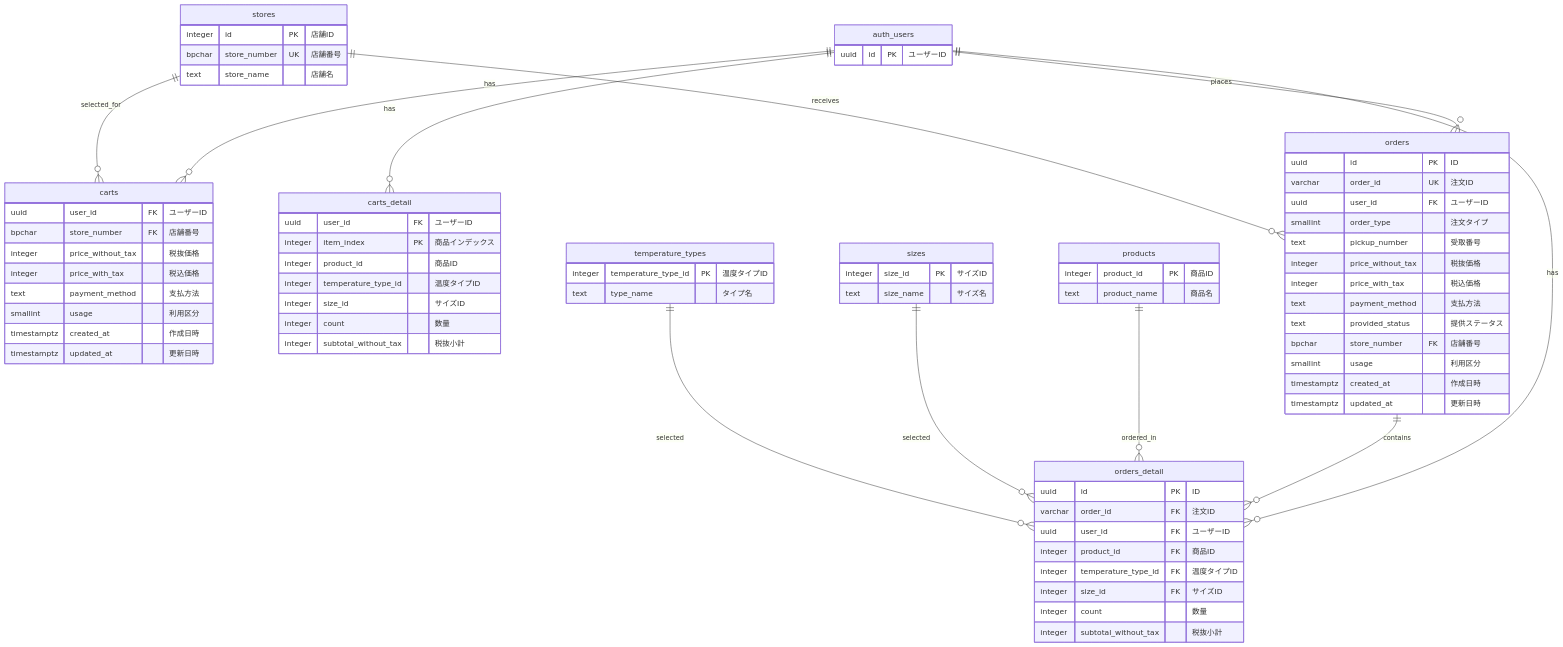
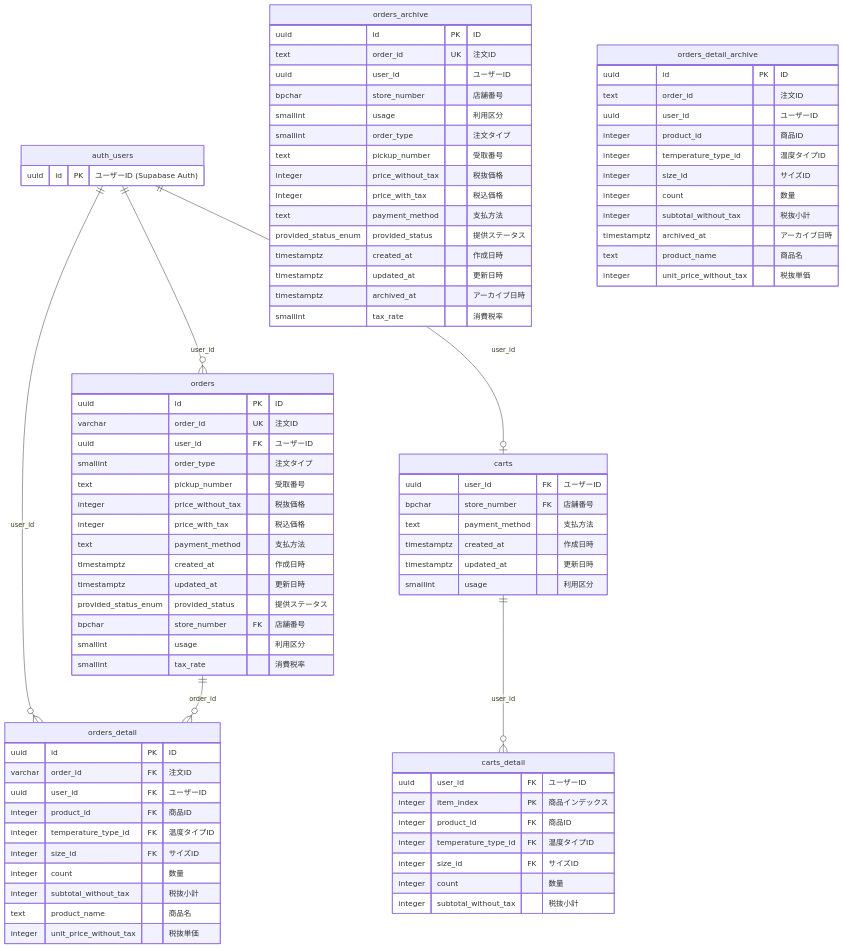
The diagram in supabase_schema/supabase/entity_relationship/er_diagram_order.mmd (eno-conan/flutter-starbucks-clone-public), drawn with Mermaid before and after one commit. The commit also changed 102 other files, not shown here.

```diff
--- a/supabase_schema/supabase/entity_relationship/er_diagram_order.mmd
+++ b/supabase_schema/supabase/entity_relationship/er_diagram_order.mmd
@@ -1,86 +1,91 @@
 erDiagram
-    %% 注文・カート関連のER図
-    
-    auth_users ||--o{ carts : "has"
-    auth_users ||--o{ carts_detail : "has"
-    auth_users ||--o{ orders : "places"
-    auth_users ||--o{ orders_detail : "has"
-    stores ||--o{ carts : "selected_for"
-    stores ||--o{ orders : "receives"
-    orders ||--o{ orders_detail : "contains"
-    products ||--o{ orders_detail : "ordered_in"
-    sizes ||--o{ orders_detail : "selected"
-    temperature_types ||--o{ orders_detail : "selected"
-    
+    auth_users ||--o{ orders : "user_id"
+    auth_users ||--o{ orders_detail : "user_id"
+    auth_users ||--o| carts : "user_id"
+    carts ||--o{ carts_detail : "user_id"
+    orders ||--o{ orders_detail : "order_id"
+
     auth_users {
-        uuid id PK "ユーザーID"
+        uuid id PK "ユーザーID (Supabase Auth)"
     }
-    
-    stores {
-        integer id PK "店舗ID"
-        bpchar store_number UK "店舗番号"
-        text store_name "店舗名"
-    }
-    
-    carts {
-        uuid user_id FK "ユーザーID"
-        bpchar store_number FK "店舗番号"
-        integer price_without_tax "税抜価格"
-        integer price_with_tax "税込価格"
-        text payment_method "支払方法"
-        smallint usage "利用区分"
-        timestamptz created_at "作成日時"
-        timestamptz updated_at "更新日時"
-    }
-    
-    carts_detail {
-        uuid user_id FK "ユーザーID"
-        integer item_index PK "商品インデックス"
-        integer product_id "商品ID"
-        integer temperature_type_id "温度タイプID"
-        integer size_id "サイズID"
-        integer count "数量"
-        integer subtotal_without_tax "税抜小計"
-    }
-    
+
     orders {
         uuid id PK "ID"
         varchar order_id UK "注文ID"
         uuid user_id FK "ユーザーID"
         smallint order_type "注文タイプ"
         text pickup_number "受取番号"
         integer price_without_tax "税抜価格"
         integer price_with_tax "税込価格"
         text payment_method "支払方法"
-        text provided_status "提供ステータス"
+        timestamptz created_at "作成日時"
+        timestamptz updated_at "更新日時"
+        provided_status_enum provided_status "提供ステータス"
         bpchar store_number FK "店舗番号"
         smallint usage "利用区分"
-        timestamptz created_at "作成日時"
-        timestamptz updated_at "更新日時"
+        smallint tax_rate "消費税率"
     }
-    
+
     orders_detail {
         uuid id PK "ID"
         varchar order_id FK "注文ID"
         uuid user_id FK "ユーザーID"
         integer product_id FK "商品ID"
         integer temperature_type_id FK "温度タイプID"
         integer size_id FK "サイズID"
         integer count "数量"
         integer subtotal_without_tax "税抜小計"
+        text product_name "商品名"
+        integer unit_price_without_tax "税抜単価"
     }
-    
-    products {
-        integer product_id PK "商品ID"
+
+    carts {
+        uuid user_id FK "ユーザーID"
+        bpchar store_number FK "店舗番号"
+        text payment_method "支払方法"
+        timestamptz created_at "作成日時"
+        timestamptz updated_at "更新日時"
+        smallint usage "利用区分"
+    }
+
+    carts_detail {
+        uuid user_id FK "ユーザーID"
+        integer item_index PK "商品インデックス"
+        integer product_id FK "商品ID"
+        integer temperature_type_id FK "温度タイプID"
+        integer size_id FK "サイズID"
+        integer count "数量"
+        integer subtotal_without_tax "税抜小計"
+    }
+
+    orders_archive {
+        uuid id PK "ID"
+        text order_id UK "注文ID"
+        uuid user_id "ユーザーID"
+        bpchar store_number "店舗番号"
+        smallint usage "利用区分"
+        smallint order_type "注文タイプ"
+        text pickup_number "受取番号"
+        integer price_without_tax "税抜価格"
+        integer price_with_tax "税込価格"
+        text payment_method "支払方法"
+        provided_status_enum provided_status "提供ステータス"
+        timestamptz created_at "作成日時"
+        timestamptz updated_at "更新日時"
+        timestamptz archived_at "アーカイブ日時"
+        smallint tax_rate "消費税率"
+    }
+
+    orders_detail_archive {
+        uuid id PK "ID"
+        text order_id "注文ID"
+        uuid user_id "ユーザーID"
+        integer product_id "商品ID"
+        integer temperature_type_id "温度タイプID"
+        integer size_id "サイズID"
+        integer count "数量"
+        integer subtotal_without_tax "税抜小計"
+        timestamptz archived_at "アーカイブ日時"
         text product_name "商品名"
+        integer unit_price_without_tax "税抜単価"
     }
-    
-    sizes {
-        integer size_id PK "サイズID"
-        text size_name "サイズ名"
-    }
-    
-    temperature_types {
-        integer temperature_type_id PK "温度タイプID"
-        text type_name "タイプ名"
-    }
```
